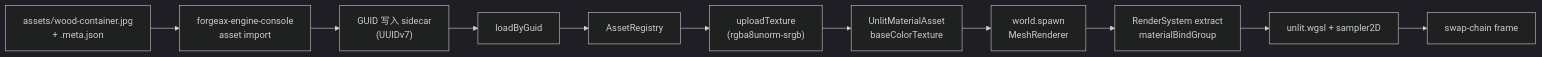
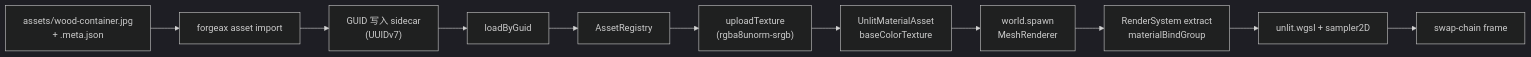
The diagram in packages/engine/apps/learn-render/1.getting-started/4.textures/README.md (ForgeaX-Games/forgeax-editor), drawn with Mermaid (dark theme) before and after one commit. The commit also changed other lines of this file and 7023 other files, not shown here.

````diff
--- a/packages/engine/apps/learn-render/1.getting-started/4.textures/README.md
+++ b/packages/engine/apps/learn-render/1.getting-started/4.textures/README.md
@@ -22,13 +22,13 @@
 ```mermaid
 flowchart LR
-  Disk["assets/wood-container.jpg<br/>+ .meta.json"] --> Imp["forgeax-engine-console<br/>asset import"]
+  Disk["assets/wood-container.jpg<br/>+ .meta.json"] --> Imp["forgeax asset import"]
   Imp --> Sidecar["GUID 写入 sidecar<br/>(UUIDv7)"]
   Sidecar --> RT["loadByGuid<TextureAsset>"]
   RT --> Reg["AssetRegistry"]
   Reg --> Up["uploadTexture<br/>(rgba8unorm-srgb)"]
   Up --> Mat["UnlitMaterialAsset<br/>baseColorTexture"]
   Mat --> Spawn["world.spawn<br/>MeshRenderer"]
   Spawn --> RS["RenderSystem extract<br/>materialBindGroup"]
   RS --> Pipe["unlit.wgsl + sampler2D"]
   Pipe --> Frame["swap-chain frame"]
 ```
````
